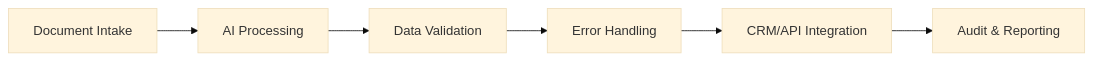
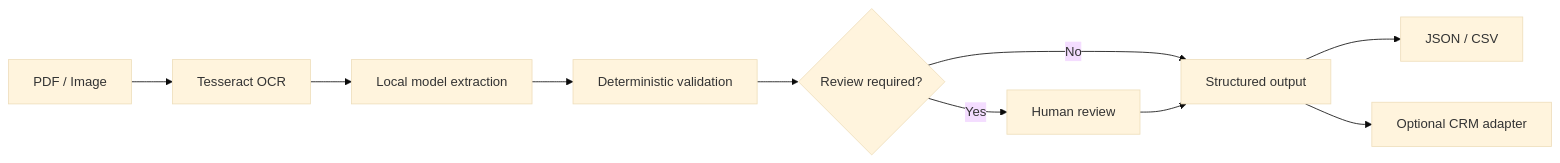
Before and after one commit to JDavydovPortfolio/MoneyPulse: the diagram in README.md, drawn with Mermaid (base theme). The commit also changed other lines of this file and 13 other files, not shown here.

````diff
--- a/README.md
+++ b/README.md
@@ -53,8 +23,12 @@
 ```mermaid
-graph LR
-    A[Document Intake] --> B[AI Processing]
-    B --> C[Data Validation]
-    C --> D[Error Handling]
-    D --> E[CRM/API Integration]
-    E --> F[Audit & Reporting]
+flowchart LR
+    A[PDF / Image] --> B[Tesseract OCR]
+    B --> C[Local model extraction]
+    C --> D[Deterministic validation]
+    D --> E{Review required?}
+    E -->|Yes| F[Human review]
+    E -->|No| G[Structured output]
+    F --> G
+    G --> H[JSON / CSV]
+    G --> I[Optional CRM adapter]
 ```
````
